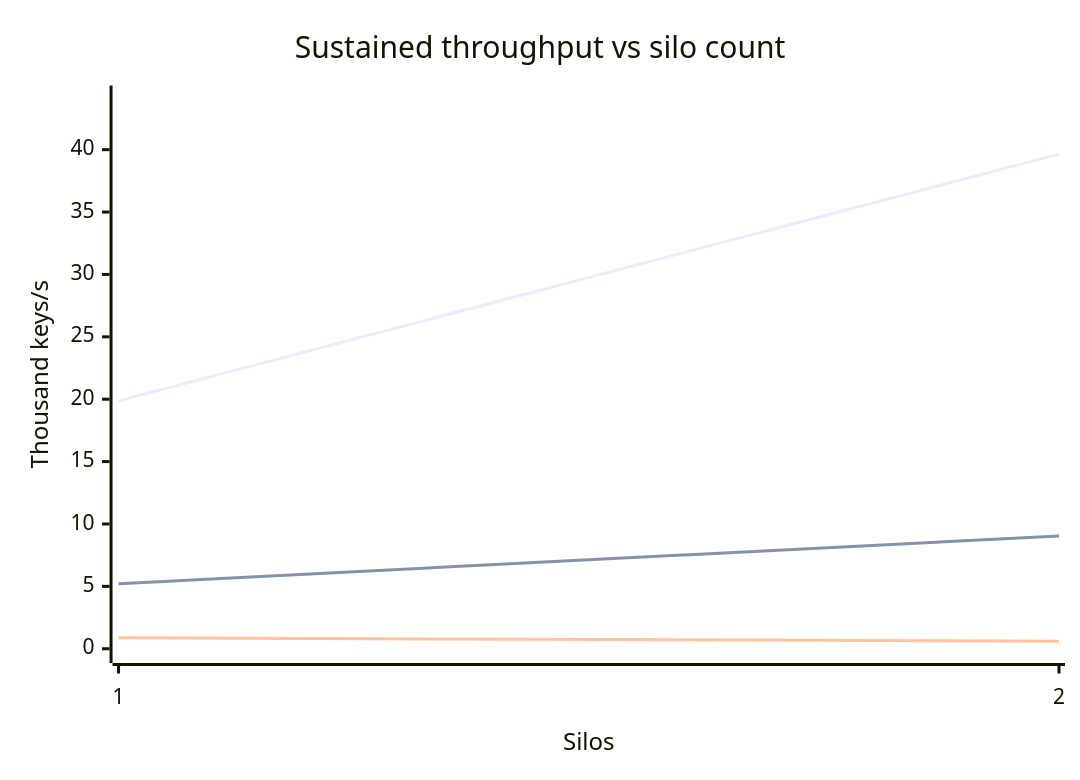
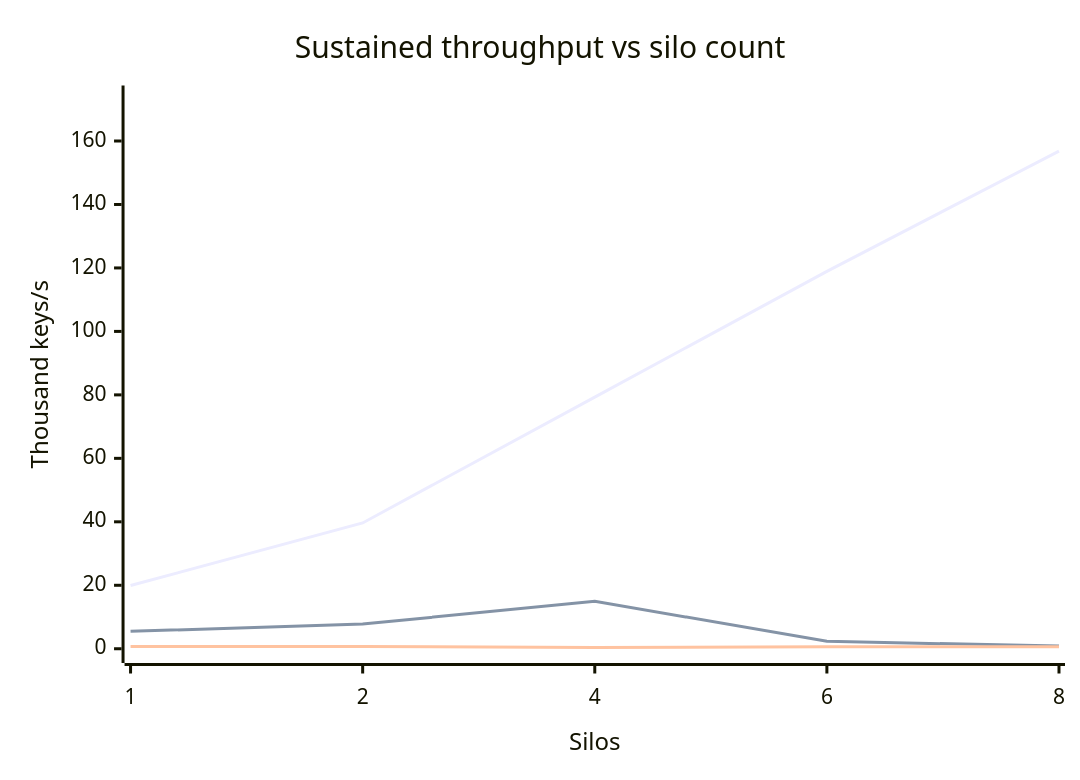
One commit to NSTA1/Orleans.Lattice changed the diagram in docs/lattice/performance-multi-silo.md. Above: the diagram before and after it, drawn with Mermaid. The commit also changed other lines of this file and 1 other file, not shown here.

````diff
--- a/docs/lattice/performance-multi-silo.md
+++ b/docs/lattice/performance-multi-silo.md
@@ -33,9 +33,9 @@
 ```mermaid
 xychart-beta
     title "Sustained throughput vs silo count"
-    x-axis "Silos" ["1", "2"]
-    y-axis "Thousand keys/s" 0 --> 44
-    line [19.87, 39.64]
-    line [5.21, 9.04]
-    line [0.88, 0.61]
+    x-axis "Silos" ["1", "2", "4", "6", "8"]
+    y-axis "Thousand keys/s" 0 --> 173
+    line [19.91, 39.64, 79.29, 118.93, 156.81]
+    line [5.48, 7.78, 14.97, 2.34, 0.84]
+    line [0.7, 0.69, 0.38, 0.64, 0.65]
 ```
````
